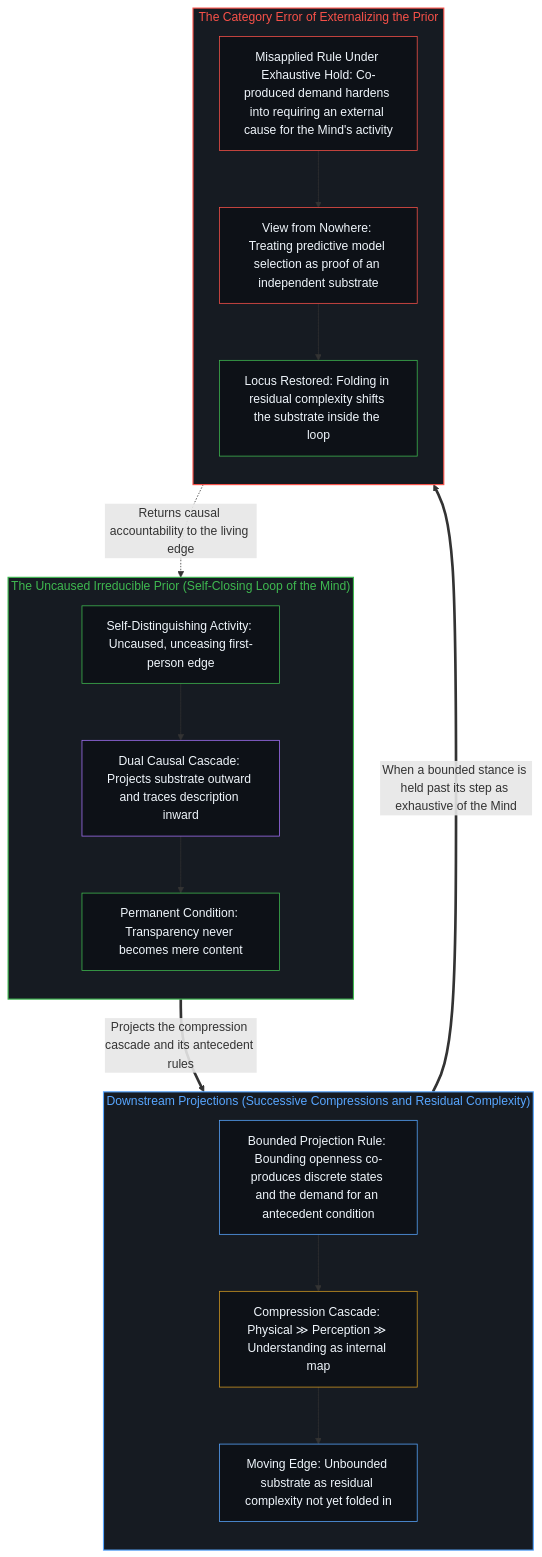
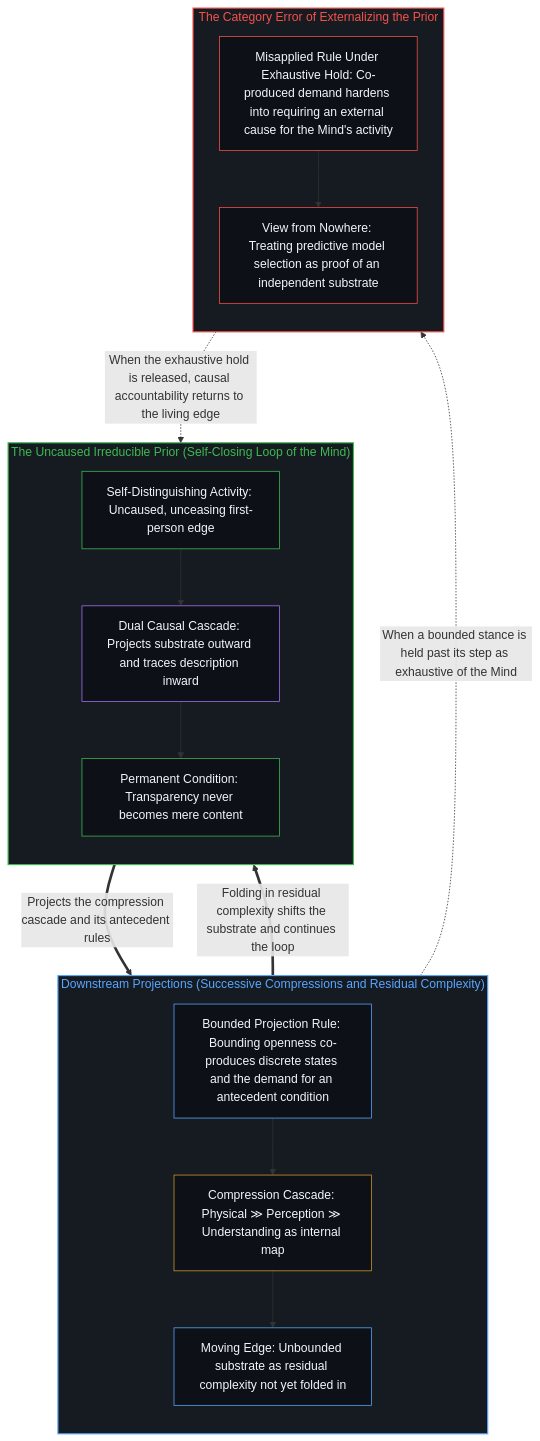
The second of 2 diagrams in content/posts/causality-and-the-irreducible-prior.md (powerpig99/not-a-toe), drawn with Mermaid before and after one commit. The commit also changed other lines of this file and 1 other file, not shown here.

````diff
--- a/content/posts/causality-and-the-irreducible-prior.md
+++ b/content/posts/causality-and-the-irreducible-prior.md
@@ -77,39 +76,38 @@
 ```mermaid
 flowchart TD
     subgraph S_Prior["The Uncaused Irreducible Prior (Self-Closing Loop of the Mind)"]
         direction TB
         P_Act["Self-Distinguishing Activity: Uncaused, unceasing first-person edge"]
         P_Fold["Dual Causal Cascade: Projects substrate outward and traces description inward"]
         P_Close["Permanent Condition: Transparency never becomes mere content"]
         P_Act --> P_Fold --> P_Close
     end
     subgraph S_Proj["Downstream Projections (Successive Compressions and Residual Complexity)"]
         direction TB
         D_Rule["Bounded Projection Rule: Bounding openness co-produces discrete states and the demand for an antecedent condition"]
         D_Hierarchy["Compression Cascade: Physical ≫ Perception ≫ Understanding as internal map"]
         D_Agent["Moving Edge: Unbounded substrate as residual complexity not yet folded in"]
         D_Rule --> D_Hierarchy --> D_Agent
     end
     subgraph S_Inversion["The Category Error of Externalizing the Prior"]
         direction TB
         E_Demand["Misapplied Rule Under Exhaustive Hold: Co-produced demand hardens into requiring an external cause for the Mind's activity"]
         E_Nowhere["View from Nowhere: Treating predictive model selection as proof of an independent substrate"]
-        E_Dissolve["Locus Restored: Folding in residual complexity shifts the substrate inside the loop"]
-        E_Demand --> E_Nowhere --> E_Dissolve
+        E_Demand --> E_Nowhere
     end
     P_Close ==>|"Projects the compression cascade and its antecedent rules"| D_Rule
-    D_Agent ==>|"When a bounded stance is held past its step as exhaustive of the Mind"| E_Demand
-    E_Dissolve -.->|"Returns causal accountability to the living edge"| P_Act
+    D_Agent ==>|"Folding in residual complexity shifts the substrate and continues the loop"| P_Act
+    D_Agent -.->|"When a bounded stance is held past its step as exhaustive of the Mind"| E_Demand
+    E_Nowhere -.->|"When the exhaustive hold is released, causal accountability returns to the living edge"| P_Act
     style S_Prior fill:#161b22,stroke:#3fb950,stroke-width:1.5px,color:#3fb950
     style S_Proj fill:#161b22,stroke:#58a6ff,stroke-width:1.5px,color:#58a6ff
     style S_Inversion fill:#161b22,stroke:#f85149,stroke-width:1.5px,color:#f85149
     style P_Act fill:#0d1117,stroke:#3fb950,stroke-width:1px,color:#f0f6fc
     style P_Fold fill:#0d1117,stroke:#a371f7,stroke-width:1px,color:#f0f6fc
     style P_Close fill:#0d1117,stroke:#3fb950,stroke-width:1px,color:#f0f6fc
     style D_Rule fill:#0d1117,stroke:#58a6ff,stroke-width:1px,color:#f0f6fc
     style D_Hierarchy fill:#0d1117,stroke:#d29922,stroke-width:1px,color:#f0f6fc
     style D_Agent fill:#0d1117,stroke:#58a6ff,stroke-width:1px,color:#f0f6fc
     style E_Demand fill:#0d1117,stroke:#f85149,stroke-width:1px,color:#f0f6fc
     style E_Nowhere fill:#0d1117,stroke:#f85149,stroke-width:1px,color:#f0f6fc
-    style E_Dissolve fill:#0d1117,stroke:#3fb950,stroke-width:1px,color:#f0f6fc
 ```
````
